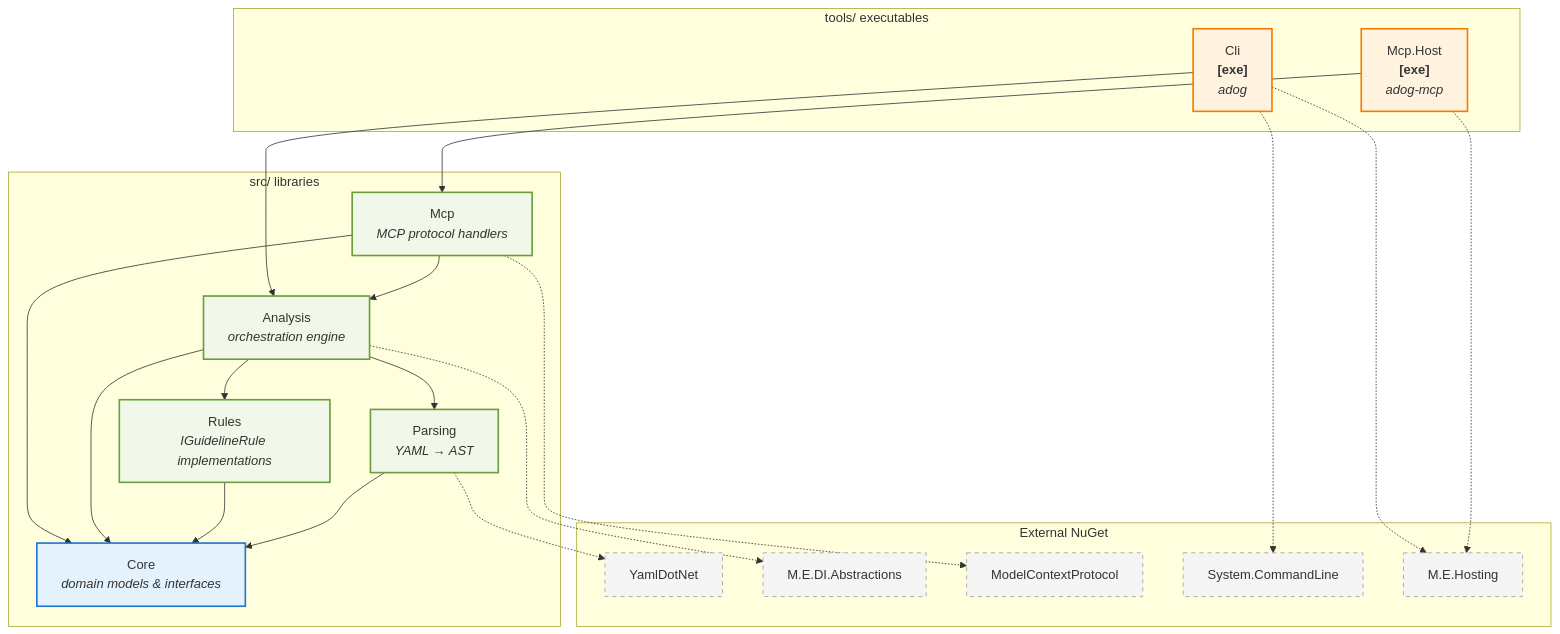
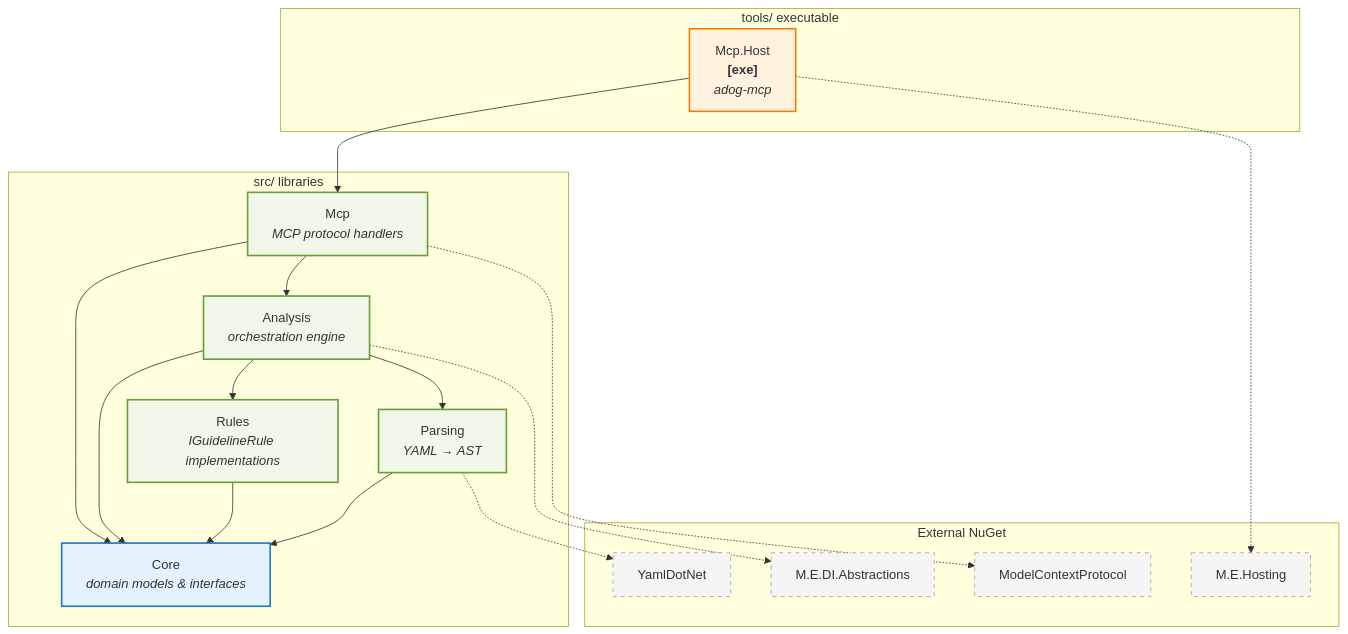
Before and after one commit to ruijarimba/azure-pipelines-guidelines-ai-mcp: the second of 2 diagrams in AGENTS.md, drawn with Mermaid. The commit also changed other lines of this file and 13 other files, not shown here.

````diff
--- a/AGENTS.md
+++ b/AGENTS.md
@@ -124,49 +121,44 @@
 ```mermaid
 graph TB
     subgraph "src/ libraries"
         Core["Core<br/><i>domain models & interfaces</i>"]
         Parsing["Parsing<br/><i>YAML → AST</i>"]
         Rules["Rules<br/><i>IGuidelineRule implementations</i>"]
         Analysis["Analysis<br/><i>orchestration engine</i>"]
         Mcp["Mcp<br/><i>MCP protocol handlers</i>"]
     end
 
-    subgraph "tools/ executables"
+    subgraph "tools/ executable"
         McpHost["Mcp.Host<br/><b>[exe]</b><br/><i>adog-mcp</i>"]
-        Cli["Cli<br/><b>[exe]</b><br/><i>adog</i>"]
     end
 
     subgraph "External NuGet"
         YamlDotNet["YamlDotNet"]
         MEDI["M.E.DI.Abstractions"]
         MCP["ModelContextProtocol"]
-        SCL["System.CommandLine"]
         MEH["M.E.Hosting"]
     end
 
     Parsing --> Core
     Parsing -.-> YamlDotNet
     Rules --> Core
     Analysis --> Core
     Analysis --> Parsing
     Analysis --> Rules
     Analysis -.-> MEDI
     Mcp --> Core
     Mcp --> Analysis
     Mcp -.-> MCP
     McpHost --> Mcp
     McpHost -.-> MEH
-    Cli --> Analysis
-    Cli -.-> SCL
-    Cli -.-> MEH
 
     classDef coreLayer fill:#e3f2fd,stroke:#1976d2,stroke-width:2px
     classDef infraLayer fill:#f1f8e9,stroke:#689f38,stroke-width:2px
     classDef toolLayer fill:#fff3e0,stroke:#f57c00,stroke-width:2px
     classDef externalLayer fill:#f5f5f5,stroke:#9e9e9e,stroke-width:1px,stroke-dasharray: 5 5
 
     class Core coreLayer
     class Parsing,Rules,Analysis,Mcp infraLayer
-    class McpHost,Cli toolLayer
-    class YamlDotNet,MEDI,MCP,SCL,MEH externalLayer
+    class McpHost toolLayer
+    class YamlDotNet,MEDI,MCP,MEH externalLayer
 ```
````
